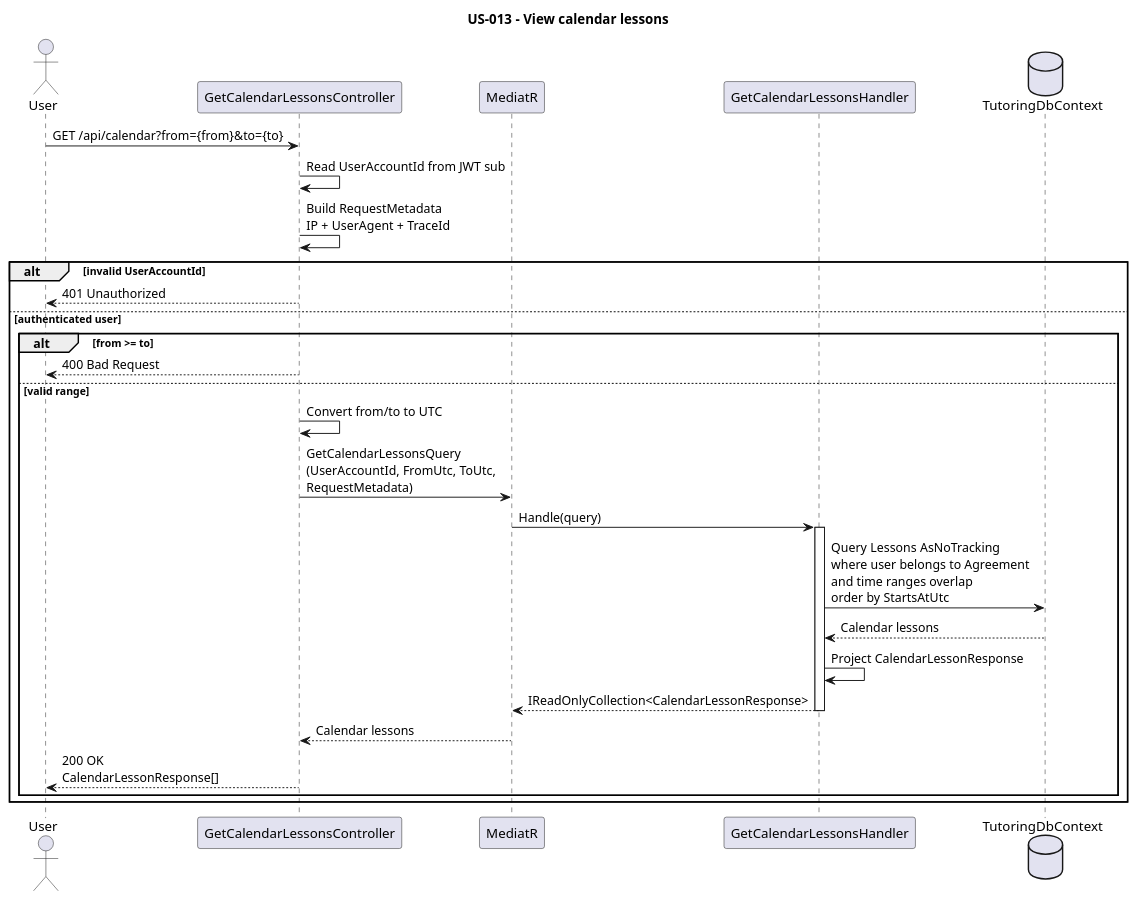
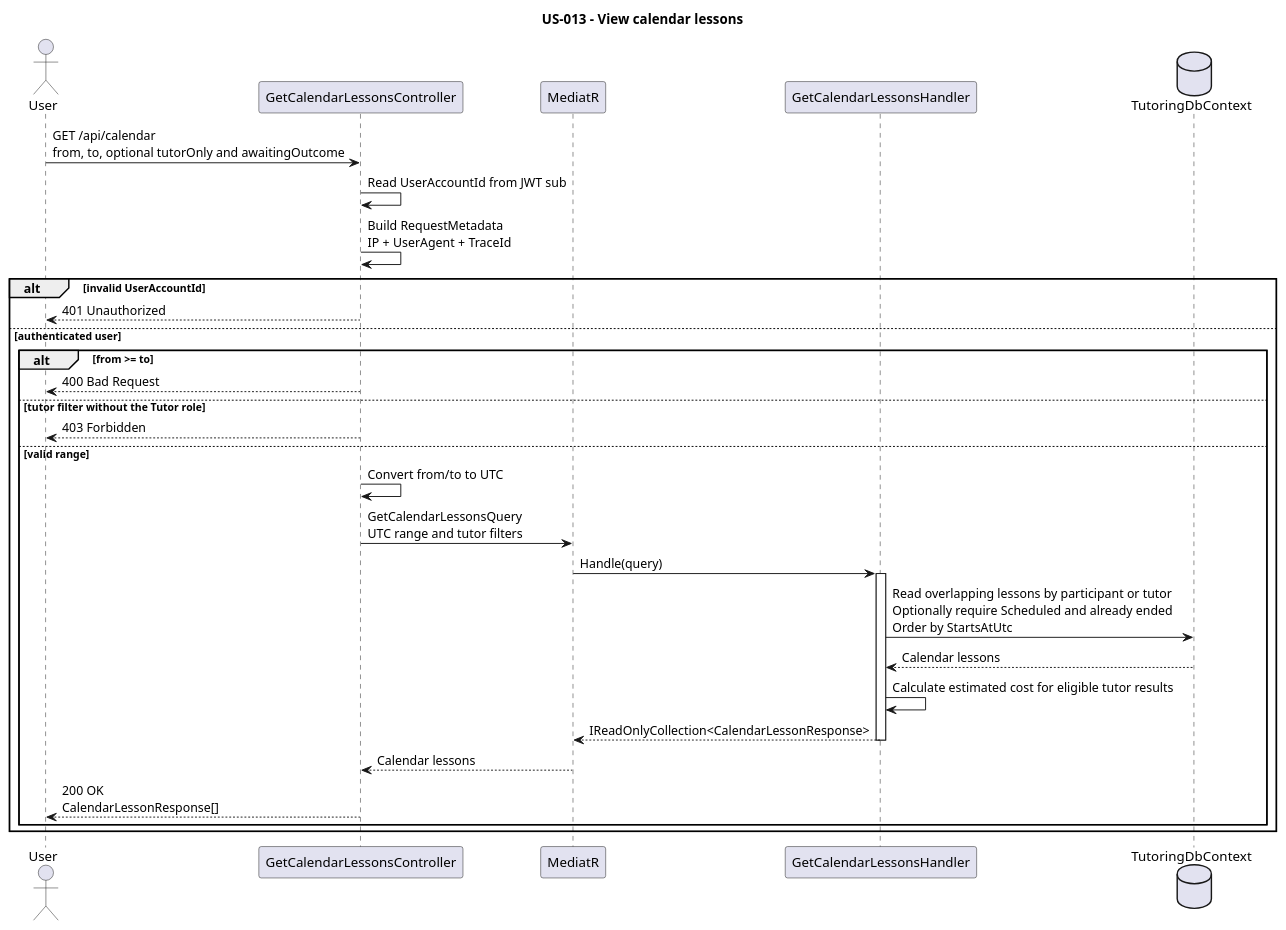
The diagram in docs/technical_docs/backend_docs/user_stories/us_013/diagrams/get_calendar_lessons.puml (JStec0312/Tutoring-CRM-System), drawn with PlantUML before and after one commit. The commit also changed 41 other files, not shown here.

First line of the commit message:
feat(api): support tutor calendar and lesson workflows

```diff
--- a/docs/technical_docs/backend_docs/user_stories/us_013/diagrams/get_calendar_lessons.puml
+++ b/docs/technical_docs/backend_docs/user_stories/us_013/diagrams/get_calendar_lessons.puml
@@ -1,48 +1,50 @@
 @startuml
 skinparam backgroundColor white
 
 title US-013 - View calendar lessons
 
 actor User
 participant "GetCalendarLessonsController" as Controller
 participant MediatR
 participant "GetCalendarLessonsHandler" as Handler
 database "TutoringDbContext" as Db
 
-User -> Controller: GET /api/calendar?from={from}&to={to}
+User -> Controller: GET /api/calendar\nfrom, to, optional tutorOnly and awaitingOutcome
 
 Controller -> Controller: Read UserAccountId from JWT sub
 Controller -> Controller: Build RequestMetadata\nIP + UserAgent + TraceId
 
 alt invalid UserAccountId
     Controller --> User: 401 Unauthorized
 else authenticated user
 
     alt from >= to
         Controller --> User: 400 Bad Request
+    else tutor filter without the Tutor role
+        Controller --> User: 403 Forbidden
     else valid range
         Controller -> Controller: Convert from/to to UTC
 
-        Controller -> MediatR: GetCalendarLessonsQuery\n(UserAccountId, FromUtc, ToUtc,\nRequestMetadata)
+        Controller -> MediatR: GetCalendarLessonsQuery\nUTC range and tutor filters
 
         MediatR -> Handler: Handle(query)
         activate Handler
 
 
-        Handler -> Db: Query Lessons AsNoTracking\nwhere user belongs to Agreement\nand time ranges overlap\norder by StartsAtUtc
+        Handler -> Db: Read overlapping lessons by participant or tutor\nOptionally require Scheduled and already ended\nOrder by StartsAtUtc
 
         Db --> Handler: Calendar lessons
 
-        Handler -> Handler: Project CalendarLessonResponse
+        Handler -> Handler: Calculate estimated cost for eligible tutor results
 
         Handler --> MediatR: IReadOnlyCollection<CalendarLessonResponse>
         deactivate Handler
 
         MediatR --> Controller: Calendar lessons
 
 
         Controller --> User: 200 OK\nCalendarLessonResponse[]
     end
 end
 
 @enduml
```
